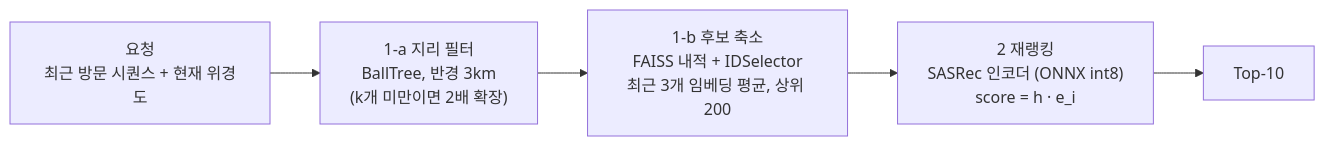
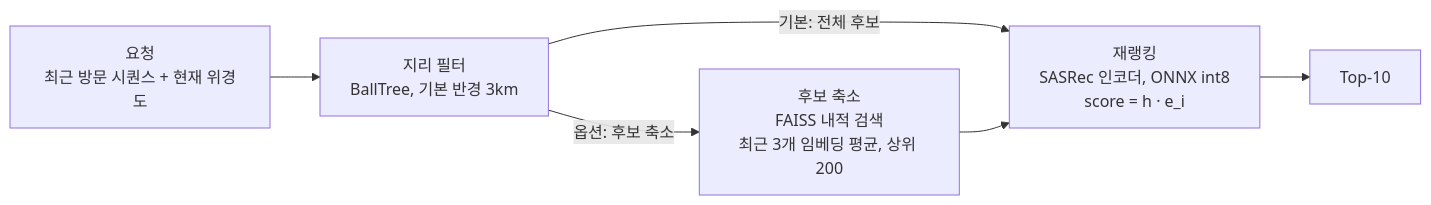
Before and after one commit to kimjongbin0209-ship-it/dongne-rec: the diagram in README.md, drawn with Mermaid. The commit also changed other lines of this file and 517 other files, not shown here.

````diff
--- a/README.md
+++ b/README.md
@@ -158,7 +166,8 @@
 ```mermaid
 flowchart LR
-  Q["요청<br/>최근 방문 시퀀스 + 현재 위경도"] --> G["1-a 지리 필터<br/>BallTree, 반경 3km<br/>(k개 미만이면 2배 확장)"]
-  G --> F["1-b 후보 축소<br/>FAISS 내적 + IDSelector<br/>최근 3개 임베딩 평균, 상위 200"]
-  F --> R["2 재랭킹<br/>SASRec 인코더 (ONNX int8)<br/>score = h · e_i"]
+  Q["요청<br/>최근 방문 시퀀스 + 현재 위경도"] --> G["지리 필터<br/>BallTree, 기본 반경 3km"]
+  G -->|기본: 전체 후보| R
+  G -->|옵션: 후보 축소| F["후보 축소<br/>FAISS 내적 검색<br/>최근 3개 임베딩 평균, 상위 200"]
+  F --> R["재랭킹<br/>SASRec 인코더, ONNX int8<br/>score = h · e_i"]
   R --> O["Top-10"]
 ```
````
